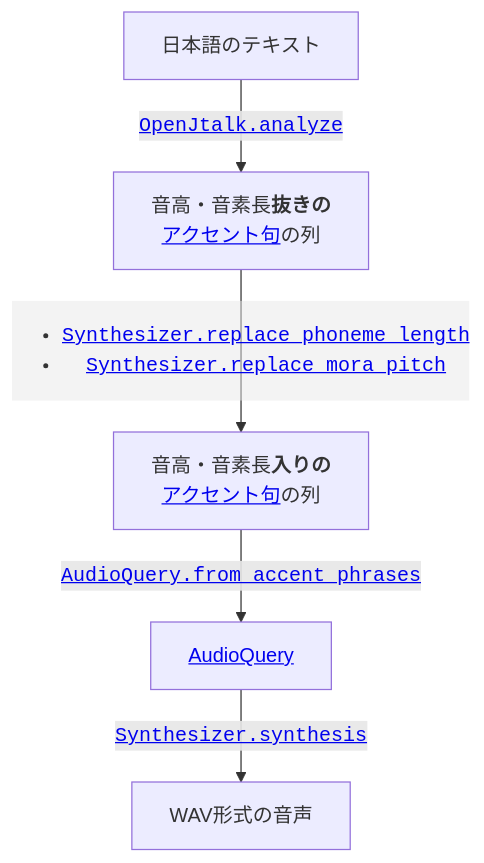
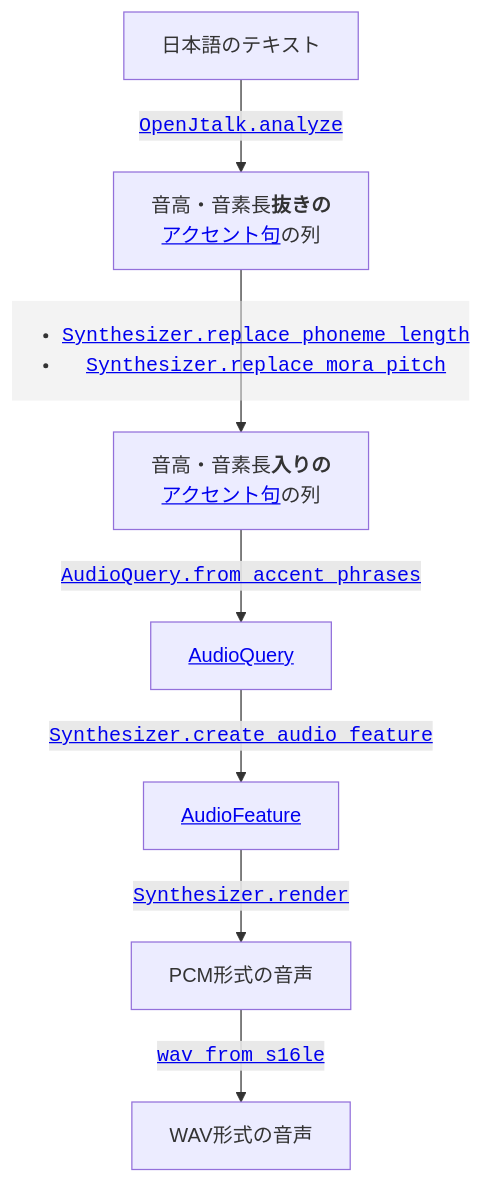
Before and after one commit to VOICEVOX/voicevox_core: the first of 2 diagrams in docs/guide/user/tts-process.md, drawn with Mermaid. The commit also changed 2 other files, not shown here.

Commit message:
docs: `create_audio_feature`と`render`を図に入れる

````diff
--- a/docs/guide/user/tts-process.md
+++ b/docs/guide/user/tts-process.md
@@ -5,15 +5,19 @@
 ```mermaid
 flowchart TD;
     ja-txt[日本語のテキスト]
     ap-without-mora-data[音高・音素長<b>抜きの</b><br><a href="https://voicevox.github.io/voicevox_core/apis/python_api/autoapi/voicevox_core/index.html#voicevox_core.AccentPhrase">アクセント句</a>の列]
     ap-with-mora-data[音高・音素長<b>入りの</b><br><a href="https://voicevox.github.io/voicevox_core/apis/python_api/autoapi/voicevox_core/index.html#voicevox_core.AccentPhrase">アクセント句</a>の列]
     aq[<a href="https://voicevox.github.io/voicevox_core/apis/python_api/autoapi/voicevox_core/index.html#voicevox_core.AudioQuery">AudioQuery</a>]
+    af[<a href="https://voicevox.github.io/voicevox_core/apis/python_api/autoapi/voicevox_core/index.html#voicevox_core.AudioFeature">AudioFeature</a>]
+    pcm[PCM形式の音声]
     wav[WAV形式の音声]
 
     ja-txt -->|<a href="https://voicevox.github.io/voicevox_core/apis/python_api/autoapi/voicevox_core/blocking/index.html#voicevox_core.blocking.OpenJtalk.analyze">OpenJtalk.analyze</a>| ap-without-mora-data
            -->|<ul><li><a href="https://voicevox.github.io/voicevox_core/apis/python_api/autoapi/voicevox_core/blocking/index.html#voicevox_core.blocking.Synthesizer.replace_phoneme_length">Synthesizer.replace_phoneme_length</a></li><li><a href="https://voicevox.github.io/voicevox_core/apis/python_api/autoapi/voicevox_core/blocking/index.html#voicevox_core.blocking.Synthesizer.replace_mora_pitch">Synthesizer.replace_mora_pitch</a></li><ul>| ap-with-mora-data
            -->|<a href="https://voicevox.github.io/voicevox_core/apis/python_api/autoapi/voicevox_core/index.html#voicevox_core.AudioQuery.from_accent_phrases">AudioQuery.from_accent_phrases</a>| aq
-           -->|<a href="https://voicevox.github.io/voicevox_core/apis/python_api/autoapi/voicevox_core/blocking/index.html#voicevox_core.blocking.Synthesizer.synthesis">Synthesizer.synthesis</a>| wav
+           -->|<a href="https://voicevox.github.io/voicevox_core/apis/python_api/autoapi/voicevox_core/blocking/index.html#voicevox_core.blocking.Synthesizer.create_audio_feature">Synthesizer.create_audio_feature</a>| af
+           -->|<a href="https://voicevox.github.io/voicevox_core/apis/python_api/autoapi/voicevox_core/blocking/index.html#voicevox_core.blocking.Synthesizer.render">Synthesizer.render</a>| pcm
+           -->|<a href="https://voicevox.github.io/voicevox_core/apis/python_api/autoapi/voicevox_core/index.html#voicevox_core.wav_from_s16le">wav_from_s16le</a>| wav
 
-    linkStyle 0,1,2,3 font-family:monospace;
+    linkStyle 0,1,2,3,4,5 font-family:monospace;
 ```
````
